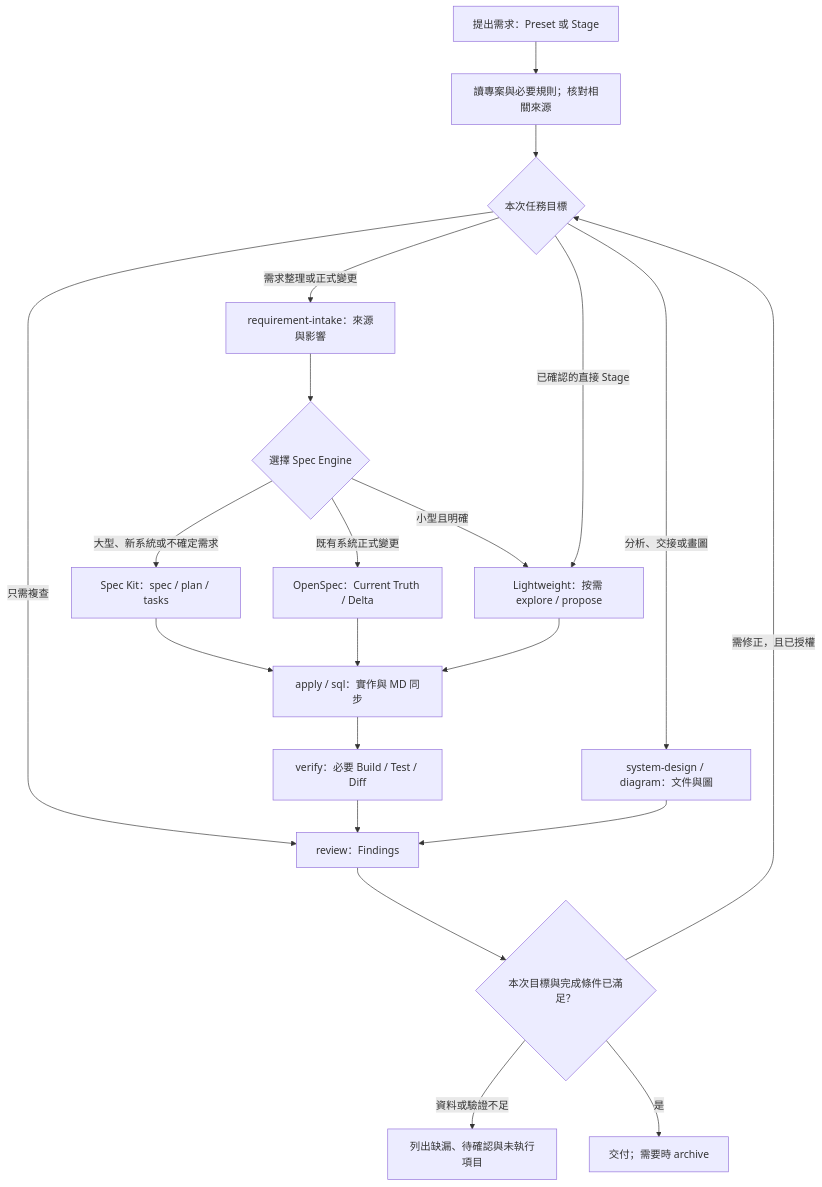
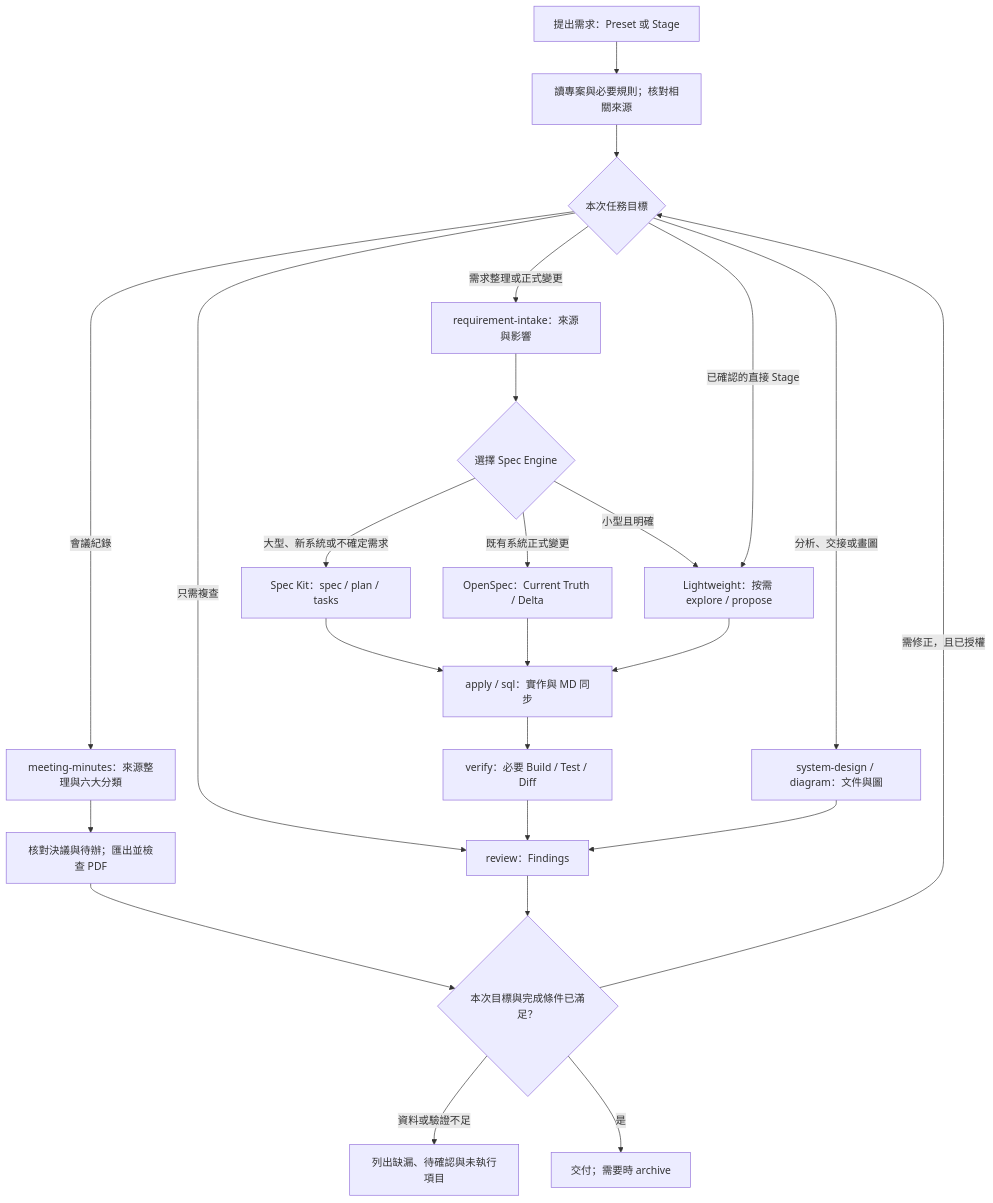
The diagram in docs/Workflow.md (gn00982591/AI-Developer-Playbook), drawn with Mermaid before and after one commit. The commit also changed other lines of this file and 7 other files, not shown here.

Commit message:
docs: define meeting minutes workflow with six sections and PDF delivery

````diff
--- a/docs/Workflow.md
+++ b/docs/Workflow.md
@@ -5,28 +5,31 @@
 ```mermaid
 flowchart TD
     %% 所有入口先讀專案規則；涉及資料存取時完成相關來源核對。
     A["提出需求：Preset 或 Stage"] --> B["讀專案與必要規則；核對相關來源"]
     B --> C{"本次任務目標"}
 
     %% 需求分流沿用既有策略，不重建 Spec Engine 的同義產物。
     C -->|需求整理或正式變更| D["requirement-intake：來源與影響"]
     D --> E{"選擇 Spec Engine"}
     E -->|大型、新系統或不確定需求| F["Spec Kit：spec / plan / tasks"]
     E -->|既有系統正式變更| G["OpenSpec：Current Truth / Delta"]
     E -->|小型且明確| H["Lightweight：按需 explore / propose"]
     C -->|已確認的直接 Stage| H
     C -->|分析、交接或畫圖| I["system-design / diagram：文件與圖"]
+    C -->|會議紀錄| P["meeting-minutes：來源整理與六大分類"]
+    P --> Q["核對決議與待辦；匯出並檢查 PDF"]
+    Q --> M
     C -->|只需複查| L["review：Findings"]
     F --> J["apply / sql：實作與 MD 同步"]
     G --> J
     H --> J
     J --> K["verify：必要 Build / Test / Diff"]
     K --> L
     I --> L
 
     %% 保留同一任務 Context；只修正已授權且與任務相關的內容。
     L --> M{"本次目標與完成條件已滿足？"}
     M -->|需修正，且已授權| C
     M -->|資料或驗證不足| N["列出缺漏、待確認與未執行項目"]
     M -->|是| O["交付；需要時 archive"]
 ```
````
